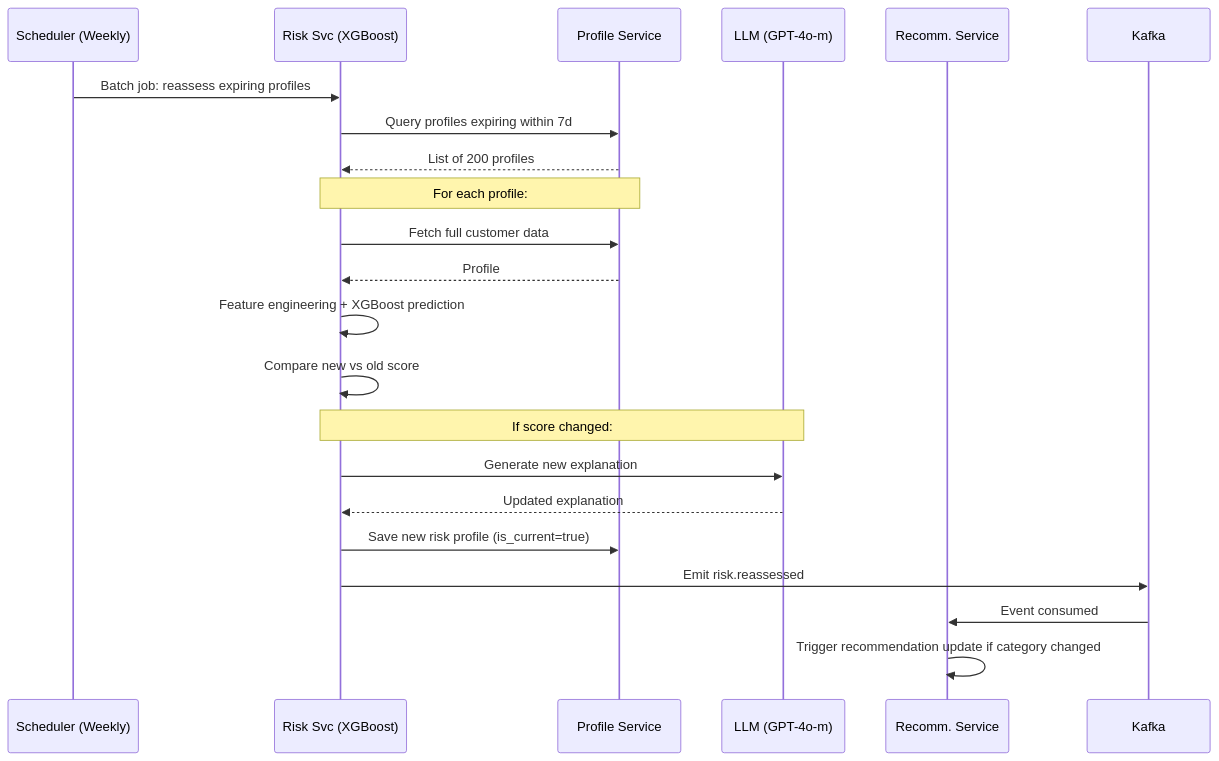
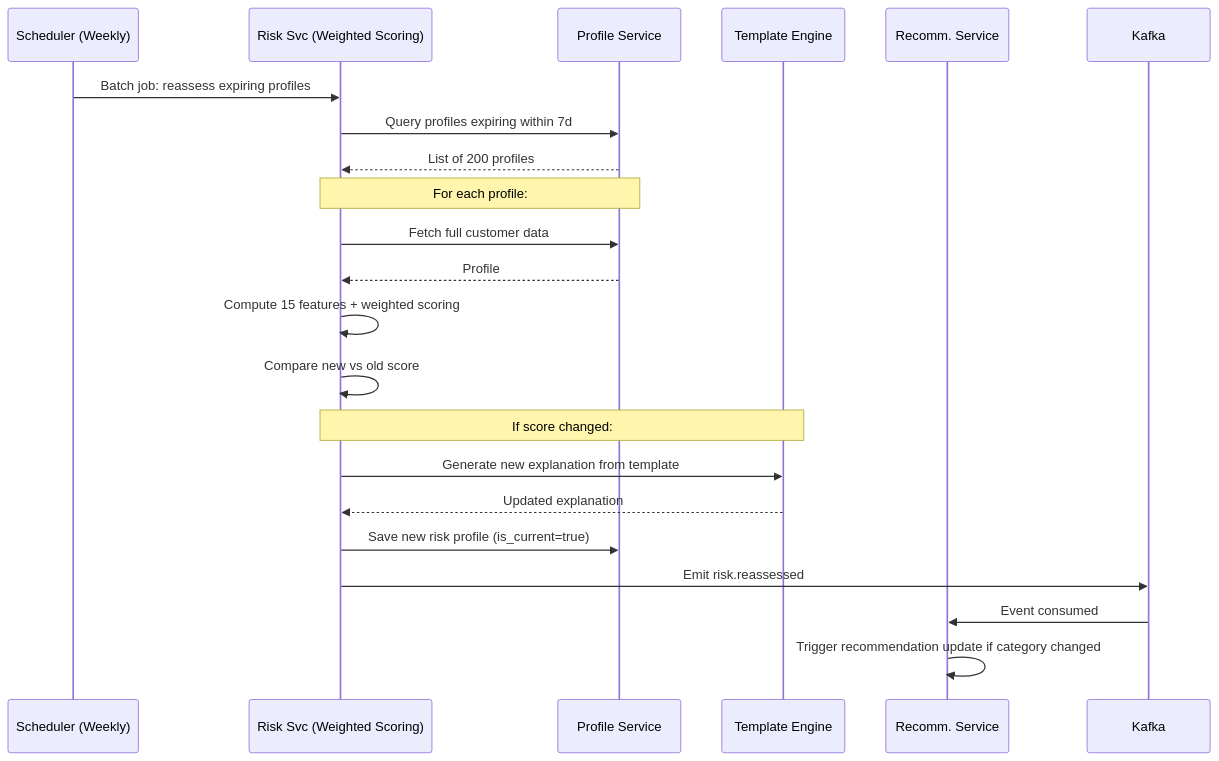
Before and after one commit to Cognition-Partner-Workshops/uc-framework-upgrade-monolith-to-microservices: diagram 15 of 20 in docs/design/05-sequence-diagrams.md, drawn with Mermaid. The commit also changed other lines of this file and 4 other files, not shown here.

````diff
--- a/docs/design/05-sequence-diagrams.md
+++ b/docs/design/05-sequence-diagrams.md
@@ -478,28 +475,28 @@
 ```mermaid
 sequenceDiagram
     participant SCH as Scheduler (Weekly)
-    participant RS as Risk Svc (XGBoost)
+    participant RS as Risk Svc (Weighted Scoring)
     participant PS as Profile Service
-    participant LLM as LLM (GPT-4o-m)
+    participant TE as Template Engine
     participant REC as Recomm. Service
     participant K as Kafka
 
     SCH->>RS: Batch job: reassess expiring profiles
     RS->>PS: Query profiles expiring within 7d
     PS-->>RS: List of 200 profiles
 
     Note over RS,PS: For each profile:
     RS->>PS: Fetch full customer data
     PS-->>RS: Profile
-    RS->>RS: Feature engineering + XGBoost prediction
+    RS->>RS: Compute 15 features + weighted scoring
     RS->>RS: Compare new vs old score
 
-    Note over RS,LLM: If score changed:
-    RS->>LLM: Generate new explanation
-    LLM-->>RS: Updated explanation
+    Note over RS,TE: If score changed:
+    RS->>TE: Generate new explanation from template
+    TE-->>RS: Updated explanation
     RS->>PS: Save new risk profile (is_current=true)
     RS->>K: Emit risk.reassessed
 
     K->>REC: Event consumed
     REC->>REC: Trigger recommendation update if category changed
 ```
````
